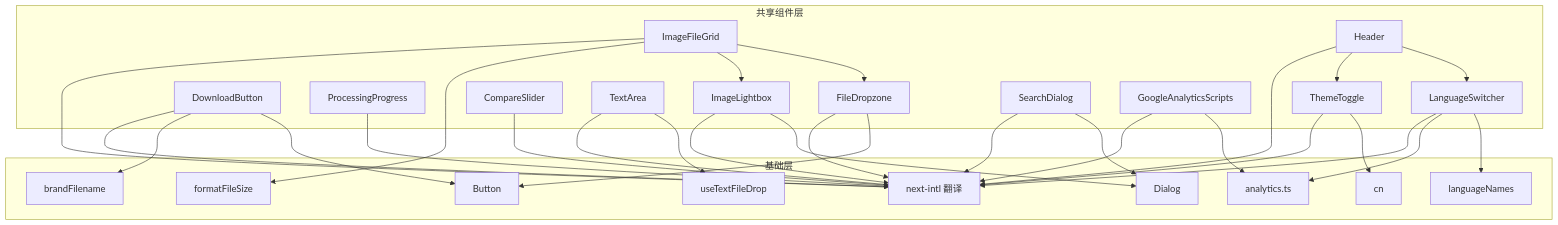
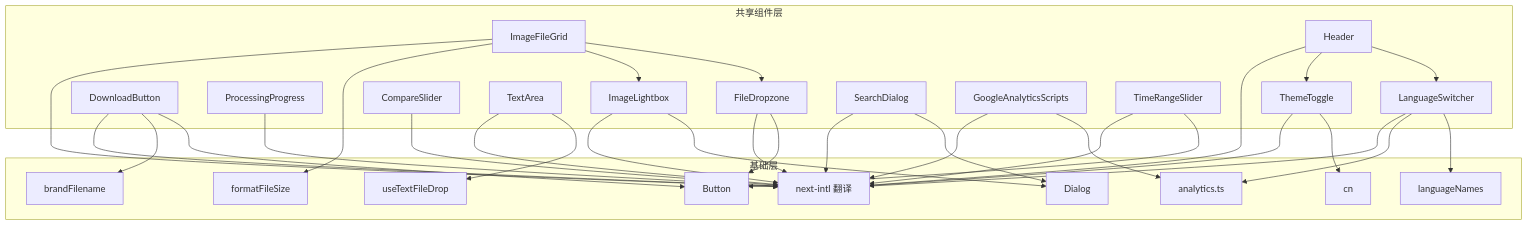
Before and after one commit to sgyy/privadeck: the second of 6 diagrams in .qoder/repowiki/zh/content/UI组件系统/共享组件.md, drawn with Mermaid. The commit also changed other lines of this file and 3 other files, not shown here.

````diff
--- a/.qoder/repowiki/zh/content/UI组件系统/共享组件.md
+++ b/.qoder/repowiki/zh/content/UI组件系统/共享组件.md
@@ -164,55 +172,58 @@
 ```mermaid
 graph TB
 subgraph "共享组件层"
 C1["FileDropzone"]
 C2["DownloadButton"]
 C3["ProcessingProgress"]
 C4["ImageFileGrid"]
 C5["ImageLightbox"]
 C6["CompareSlider"]
 C7["TextArea"]
 C8["ThemeToggle"]
 C9["LanguageSwitcher"]
 C10["SearchDialog"]
 C11["Header"]
 C12["GoogleAnalyticsScripts"]
+C13["TimeRangeSlider"]
 end
 subgraph "基础层"
 UI["Button"]
 DLG["Dialog"]
 UT["cn"]
 FS["formatFileSize"]
 BR["brandFilename"]
 TF["useTextFileDrop"]
 LN["languageNames"]
 TR["next-intl 翻译"]
 AN["analytics.ts"]
 end
 C1 --> UI
 C2 --> UI
 C4 --> C1
 C4 --> C5
 C4 --> FS
 C5 --> DLG
 C2 --> BR
 C7 --> TF
 C8 --> UT
 C9 --> LN
 C9 --> AN
 C10 --> DLG
 C11 --> C9
 C11 --> C8
 C12 --> AN
+C13 --> UI
 C1 --> TR
 C2 --> TR
 C3 --> TR
 C4 --> TR
 C5 --> TR
 C6 --> TR
 C7 --> TR
 C8 --> TR
 C9 --> TR
 C10 --> TR
 C11 --> TR
 C12 --> TR
+C13 --> TR
 ```
````
